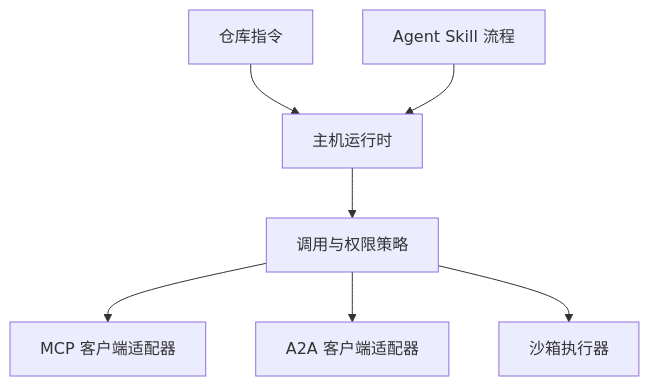
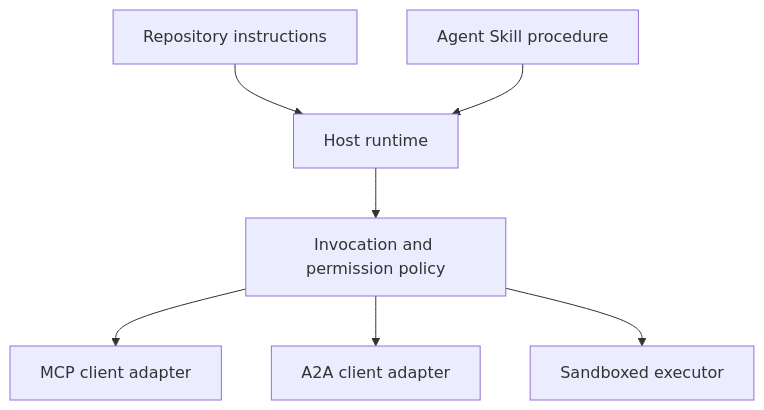
One commit to xiaojiaenen/ai-engineering-from-scratch-zh changed the third of 3 diagrams in i18n/zh/phases/13-tools-and-protocols/23-capstone-tool-ecosystem/docs/zh.md. Above: the diagram before and after it, drawn with Mermaid. The commit also changed other lines of this file and 31 other files, not shown here.

````diff
--- a/i18n/zh/phases/13-tools-and-protocols/23-capstone-tool-ecosystem/docs/zh.md
+++ b/i18n/zh/phases/13-tools-and-protocols/23-capstone-tool-ecosystem/docs/zh.md
@@ -136,9 +136,9 @@
 ```mermaid
 flowchart TD
-  RI[仓库指令] --> H[主机运行时]
-  SK[Agent Skill 流程] --> H
-  H --> P[调用与权限策略]
-  P --> MCP[MCP 客户端适配器]
-  P --> A2A[A2A 客户端适配器]
-  P --> EX[沙箱执行器]
+  RI[Repository instructions] --> H[Host runtime]
+  SK[Agent Skill procedure] --> H
+  H --> P[Invocation and permission policy]
+  P --> MCP[MCP client adapter]
+  P --> A2A[A2A client adapter]
+  P --> EX[Sandboxed executor]
 ```
````
